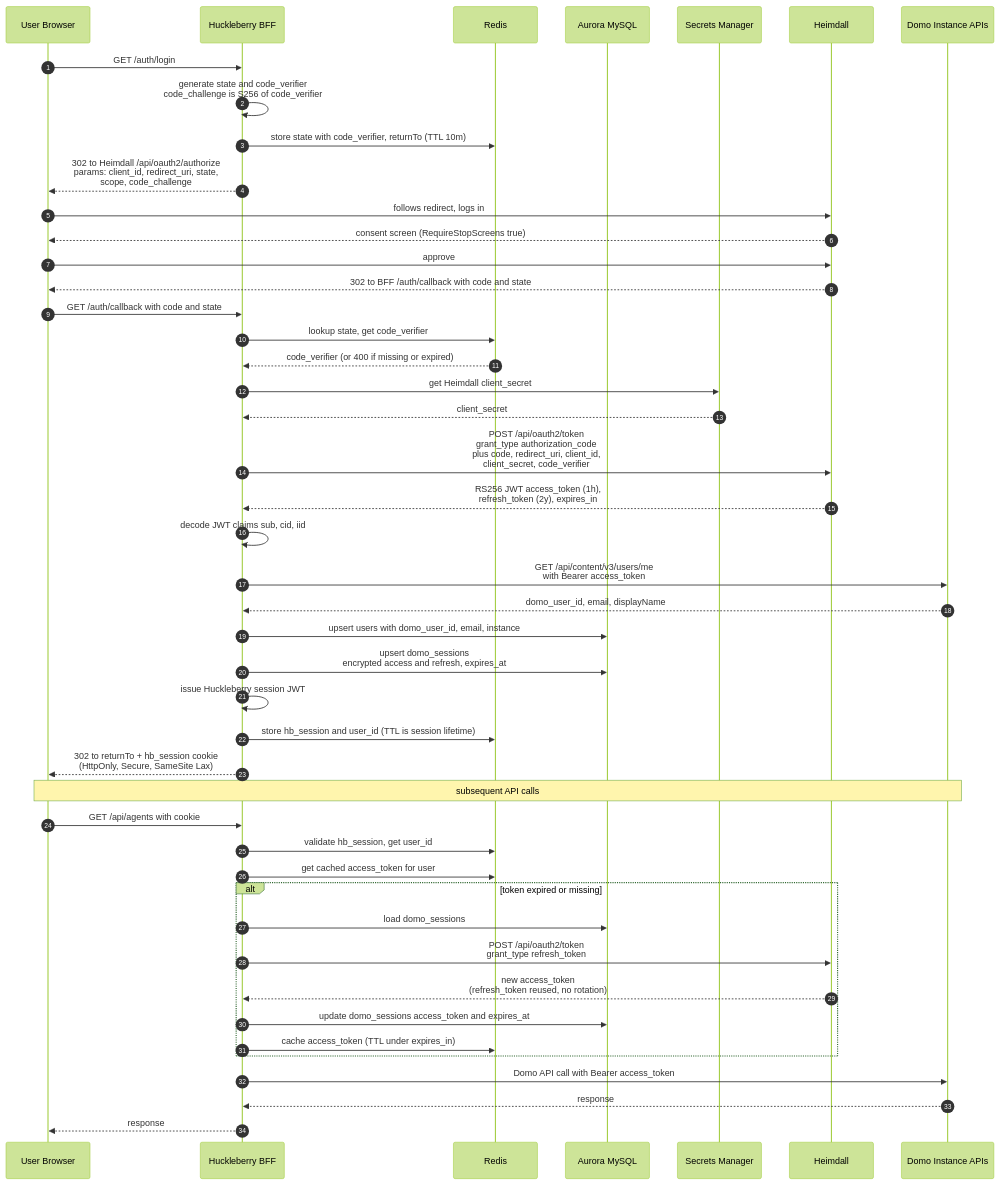
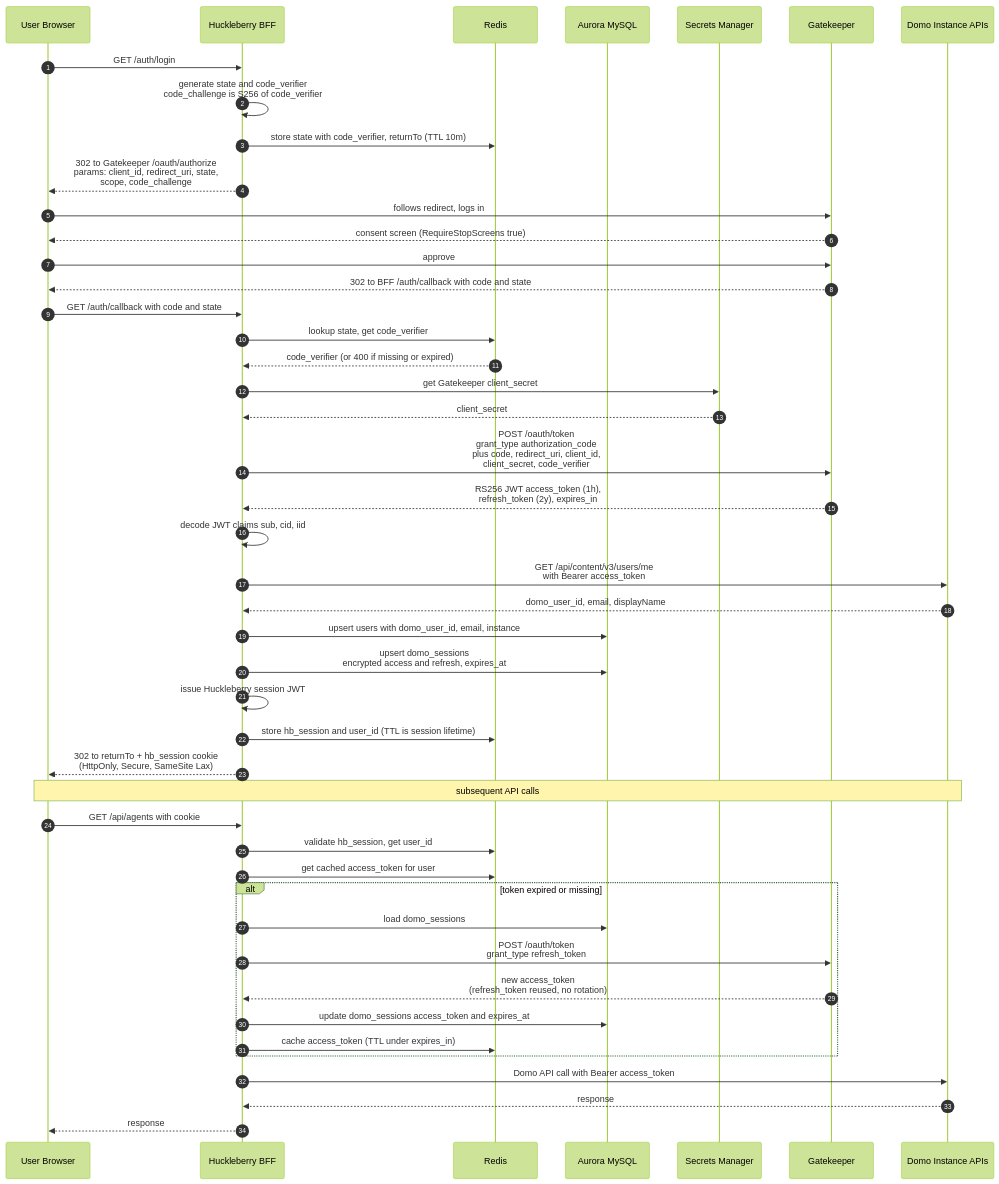
The diagram in docs/diagrams/oauth-flow.md (emmetuft/huckleberry-server), drawn with Mermaid (forest theme) before and after one commit. The commit also changed other lines of this file and 7 other files, not shown here.

First line of the commit message:
docs: add CLAUDE.md for LLM coding guidelines and update diagrams for Gatekeeper OAuth 2.1 integration

````diff
--- a/docs/diagrams/oauth-flow.md
+++ b/docs/diagrams/oauth-flow.md
@@ -35,55 +23,55 @@
 ```mermaid
 sequenceDiagram
     autonumber
     participant U as User Browser
     participant BFF as Huckleberry BFF
     participant R as Redis
     participant DB as Aurora MySQL
     participant SM as Secrets Manager
-    participant H as Heimdall
+    participant H as Gatekeeper
     participant D as Domo Instance APIs
 
     U->>BFF: GET /auth/login
     BFF->>BFF: generate state and code_verifier<br/>code_challenge is S256 of code_verifier
     BFF->>R: store state with code_verifier, returnTo (TTL 10m)
-    BFF-->>U: 302 to Heimdall /api/oauth2/authorize<br/>params: client_id, redirect_uri, state,<br/>scope, code_challenge
+    BFF-->>U: 302 to Gatekeeper /oauth/authorize<br/>params: client_id, redirect_uri, state,<br/>scope, code_challenge
 
     U->>H: follows redirect, logs in
     H-->>U: consent screen (RequireStopScreens true)
     U->>H: approve
     H-->>U: 302 to BFF /auth/callback with code and state
 
     U->>BFF: GET /auth/callback with code and state
     BFF->>R: lookup state, get code_verifier
     R-->>BFF: code_verifier (or 400 if missing or expired)
-    BFF->>SM: get Heimdall client_secret
+    BFF->>SM: get Gatekeeper client_secret
     SM-->>BFF: client_secret
 
-    BFF->>H: POST /api/oauth2/token<br/>grant_type authorization_code<br/>plus code, redirect_uri, client_id,<br/>client_secret, code_verifier
+    BFF->>H: POST /oauth/token<br/>grant_type authorization_code<br/>plus code, redirect_uri, client_id,<br/>client_secret, code_verifier
     H-->>BFF: RS256 JWT access_token (1h),<br/>refresh_token (2y), expires_in
 
     BFF->>BFF: decode JWT claims sub, cid, iid
     BFF->>D: GET /api/content/v3/users/me<br/>with Bearer access_token
     D-->>BFF: domo_user_id, email, displayName
 
     BFF->>DB: upsert users with domo_user_id, email, instance
     BFF->>DB: upsert domo_sessions<br/>encrypted access and refresh, expires_at
     BFF->>BFF: issue Huckleberry session JWT
     BFF->>R: store hb_session and user_id (TTL is session lifetime)
     BFF-->>U: 302 to returnTo + hb_session cookie<br/>(HttpOnly, Secure, SameSite Lax)
 
     Note over U,D: subsequent API calls
     U->>BFF: GET /api/agents with cookie
     BFF->>R: validate hb_session, get user_id
     BFF->>R: get cached access_token for user
     alt token expired or missing
         BFF->>DB: load domo_sessions
-        BFF->>H: POST /api/oauth2/token<br/>grant_type refresh_token
+        BFF->>H: POST /oauth/token<br/>grant_type refresh_token
         H-->>BFF: new access_token<br/>(refresh_token reused, no rotation)
         BFF->>DB: update domo_sessions access_token and expires_at
         BFF->>R: cache access_token (TTL under expires_in)
     end
     BFF->>D: Domo API call with Bearer access_token
     D-->>BFF: response
     BFF-->>U: response
 ```
````
